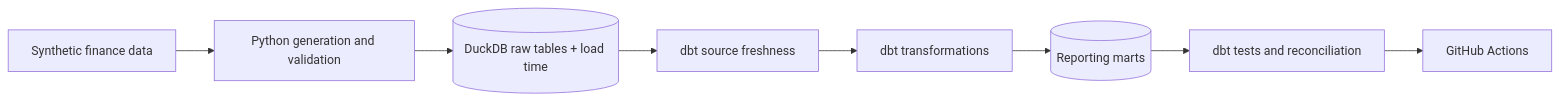
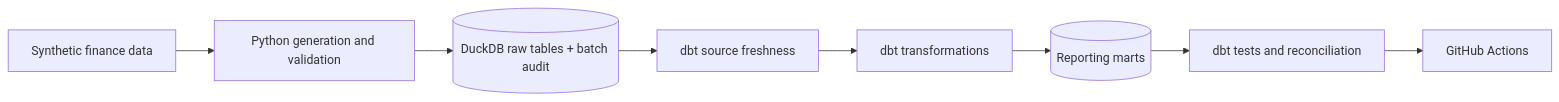
Before and after one commit to Wasim-Jussab/finance-analytics-engineering-portfolio: the diagram in README.md, drawn with Mermaid. The commit also changed other lines of this file and 9 other files, not shown here.

````diff
--- a/README.md
+++ b/README.md
@@ -11,10 +11,10 @@
 ```mermaid
 flowchart LR
     A["Synthetic finance data"] --> B["Python generation and validation"]
-    B --> C[("DuckDB raw tables + load time")]
+    B --> C[("DuckDB raw tables + batch audit")]
     C --> H["dbt source freshness"]
     H --> D["dbt transformations"]
     D --> E[("Reporting marts")]
     E --> F["dbt tests and reconciliation"]
     F --> G["GitHub Actions"]
 ```
````
